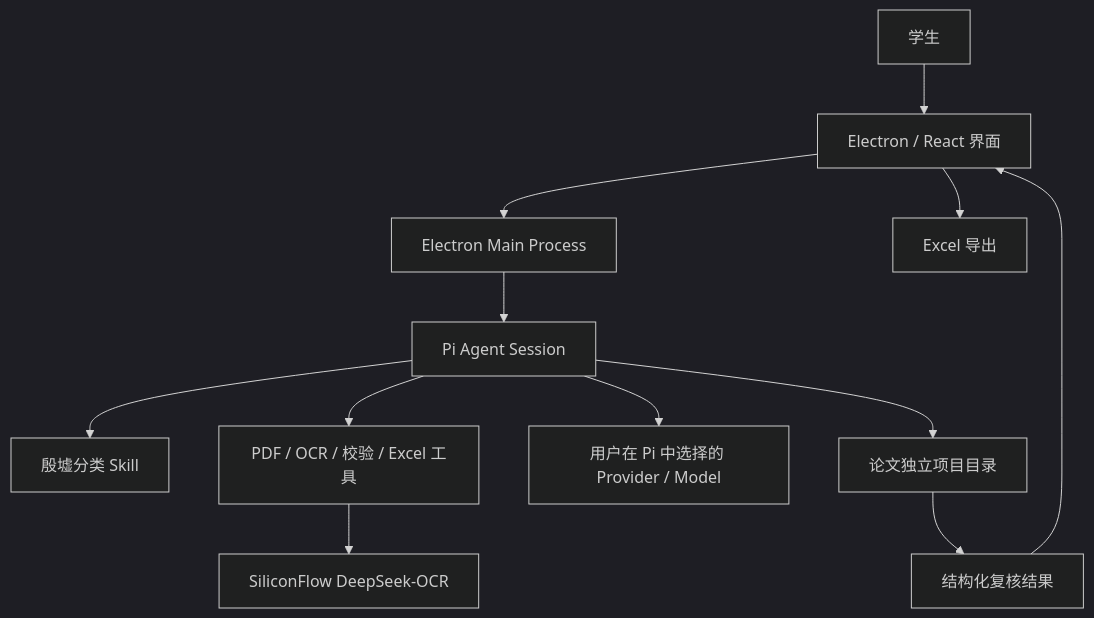
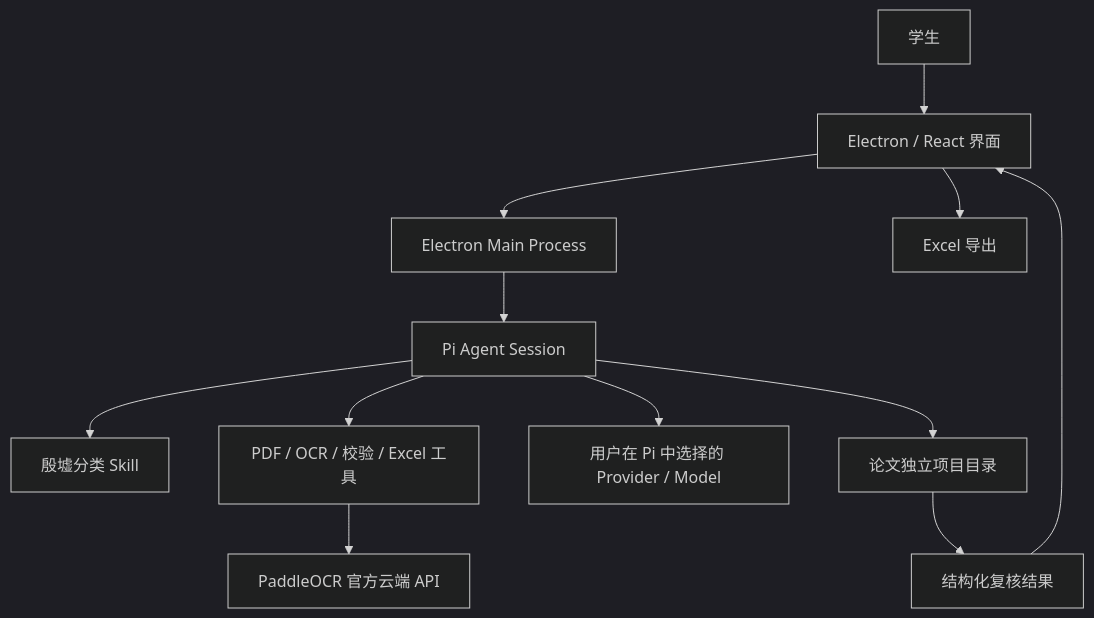
One commit to hawkli-1994/yinxu-paper-classifier changed the first of 2 diagrams in docs/superpowers/specs/2026-07-11-yinxu-paper-classifier-windows-design.md. Above: the diagram before and after it, drawn with Mermaid (dark theme). The commit also changed other lines of this file and 21 other files, not shown here.

Commit message:
feat: switch OCR to PaddleOCR-VL-1.6

````diff
--- a/docs/superpowers/specs/2026-07-11-yinxu-paper-classifier-windows-design.md
+++ b/docs/superpowers/specs/2026-07-11-yinxu-paper-classifier-windows-design.md
@@ -92,14 +92,14 @@
 ```mermaid
 flowchart TD
     U["学生"] --> UI["Electron / React 界面"]
     UI --> MAIN["Electron Main Process"]
     MAIN --> PI["Pi Agent Session"]
     PI --> SKILL["殷墟分类 Skill"]
     PI --> TOOLS["PDF / OCR / 校验 / Excel 工具"]
     PI --> LLM["用户在 Pi 中选择的 Provider / Model"]
-    TOOLS --> OCR["SiliconFlow DeepSeek-OCR"]
+    TOOLS --> OCR["PaddleOCR 官方云端 API"]
     PI --> WORKSPACE["论文独立项目目录"]
     WORKSPACE --> REVIEW["结构化复核结果"]
     REVIEW --> UI
     UI --> XLSX["Excel 导出"]
 ```
````
